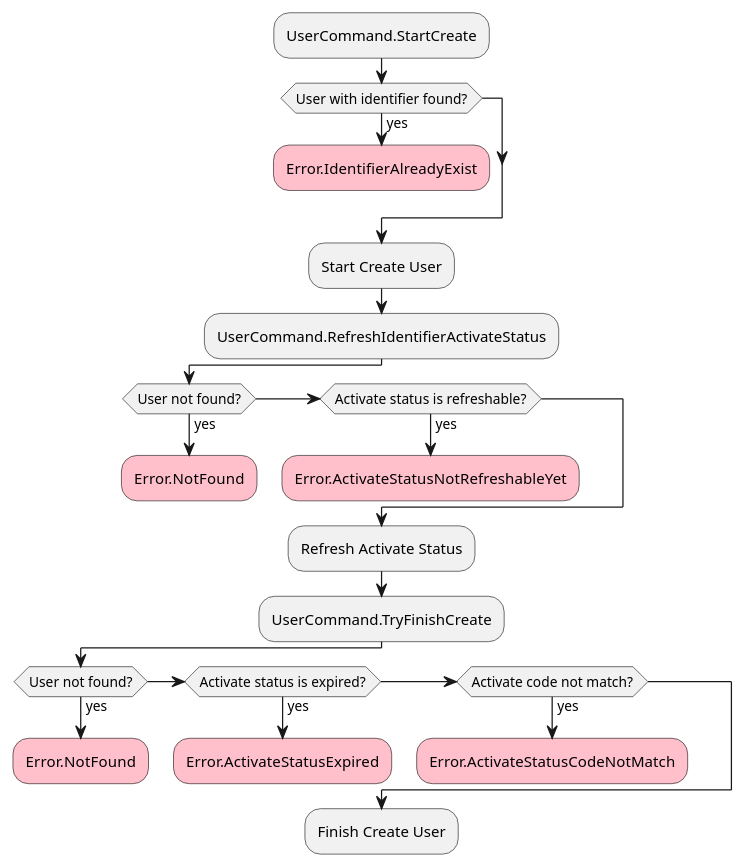
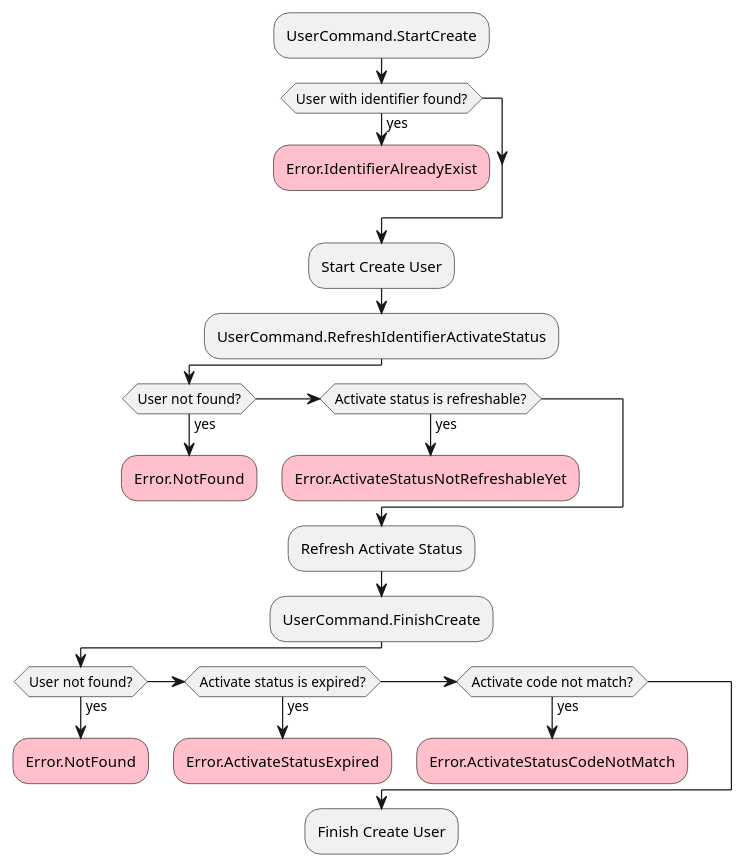
Before and after one commit to alices-wonderland/doorknob: the seventh of 16 diagrams in docs/docs/features.md, drawn with PlantUML. The commit also changed other lines of this file, not shown here.

Commit message:
UserAggregate models and commands

````diff
--- a/docs/docs/features.md
+++ b/docs/docs/features.md
@@ -192,31 +192,31 @@
 ```plantuml
 @startuml
 :UserCommand.StartCreate;
 if (User with identifier found?) then (yes)
   #pink:Error.IdentifierAlreadyExist;
   kill
 endif
 :Start Create User;
 :UserCommand.RefreshIdentifierActivateStatus;
 if (User not found?) then (yes)
   #pink:Error.NotFound;
   kill
 elseif (Activate status is refreshable?) then (yes)
   #pink:Error.ActivateStatusNotRefreshableYet;
   kill
 endif
 :Refresh Activate Status;
-:UserCommand.TryFinishCreate;
+:UserCommand.FinishCreate;
 if (User not found?) then (yes)
   #pink:Error.NotFound;
   kill
 elseif (Activate status is expired?) then (yes)
   #pink:Error.ActivateStatusExpired;
   kill
 elseif (Activate code not match?) then (yes)
   #pink:Error.ActivateStatusCodeNotMatch;
   kill
 endif
 :Finish Create User;
 @enduml
 ```
````
